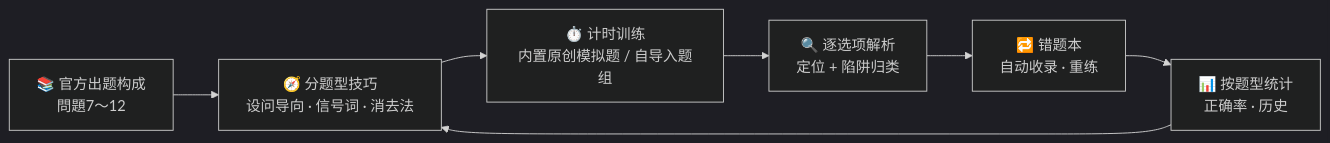
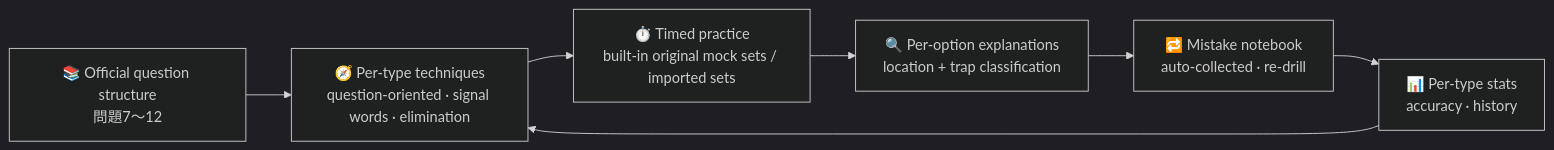
One commit to Mocas-12/jlpt-n1-Yomitaku changed the diagram in README.md. Above: the diagram before and after it, drawn with Mermaid (dark theme). The commit also changed other lines of this file and 1 other file, not shown here.

````diff
--- a/README.md
+++ b/README.md
@@ -58,9 +58,9 @@
 ```mermaid
 flowchart LR
-    A[📚 官方出题构成<br/>問題7〜12] --> B[🧭 分题型技巧<br/>设问导向 · 信号词 · 消去法]
-    B --> C[⏱️ 计时训练<br/>内置原创模拟题 / 自导入题组]
-    C --> D[🔍 逐选项解析<br/>定位 + 陷阱归类]
-    D --> E[🔁 错题本<br/>自动收录 · 重练]
-    E --> F[📊 按题型统计<br/>正确率 · 历史]
+    A[📚 Official question structure<br/>問題7〜12] --> B[🧭 Per-type techniques<br/>question-oriented · signal words · elimination]
+    B --> C[⏱️ Timed practice<br/>built-in original mock sets / imported sets]
+    C --> D[🔍 Per-option explanations<br/>location + trap classification]
+    D --> E[🔁 Mistake notebook<br/>auto-collected · re-drill]
+    E --> F[📊 Per-type stats<br/>accuracy · history]
     F --> B
 ```
````
